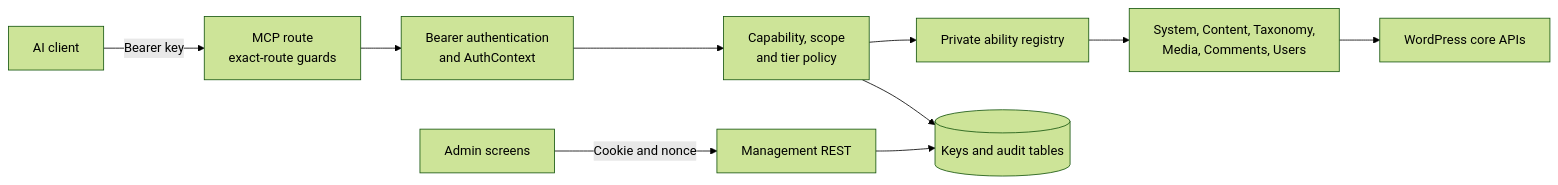
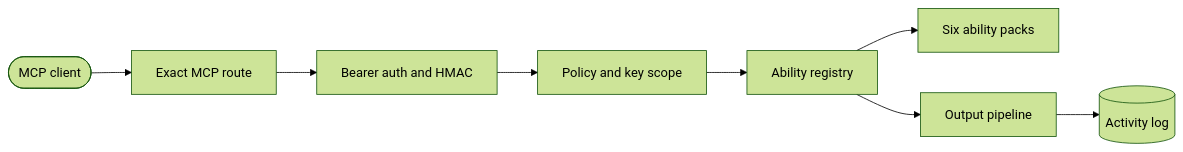
One commit to xnetvn-com/xnetvn-agent-hub-wp changed the diagram in README.md. Above: the diagram before and after it, drawn with Mermaid (forest theme). The commit also changed other lines of this file, not shown here.

````diff
--- a/README.md
+++ b/README.md
@@ -92,12 +173,10 @@
 ```mermaid
 flowchart LR
-  client["AI client"] -->|Bearer key| mcp["MCP route<br/>exact-route guards"]
-  mcp --> auth["Bearer authentication<br/>and AuthContext"]
-  auth --> policy["Capability, scope<br/>and tier policy"]
-  policy --> registry["Private ability registry"]
-  registry --> packs["System, Content, Taxonomy,<br/>Media, Comments, Users"]
-  packs --> core["WordPress core APIs"]
-  admin["Admin screens"] -->|Cookie and nonce| rest["Management REST"]
-  rest --> store[("Keys and audit tables")]
-  policy --> store
+  client([MCP client]) --> route[Exact MCP route]
+  route --> auth[Bearer auth and HMAC]
+  auth --> policy[Policy and key scope]
+  policy --> registry[Ability registry]
+  registry --> packs[Six ability packs]
+  registry --> output[Output pipeline]
+  output --> audit[(Activity log)]
 ```
````
